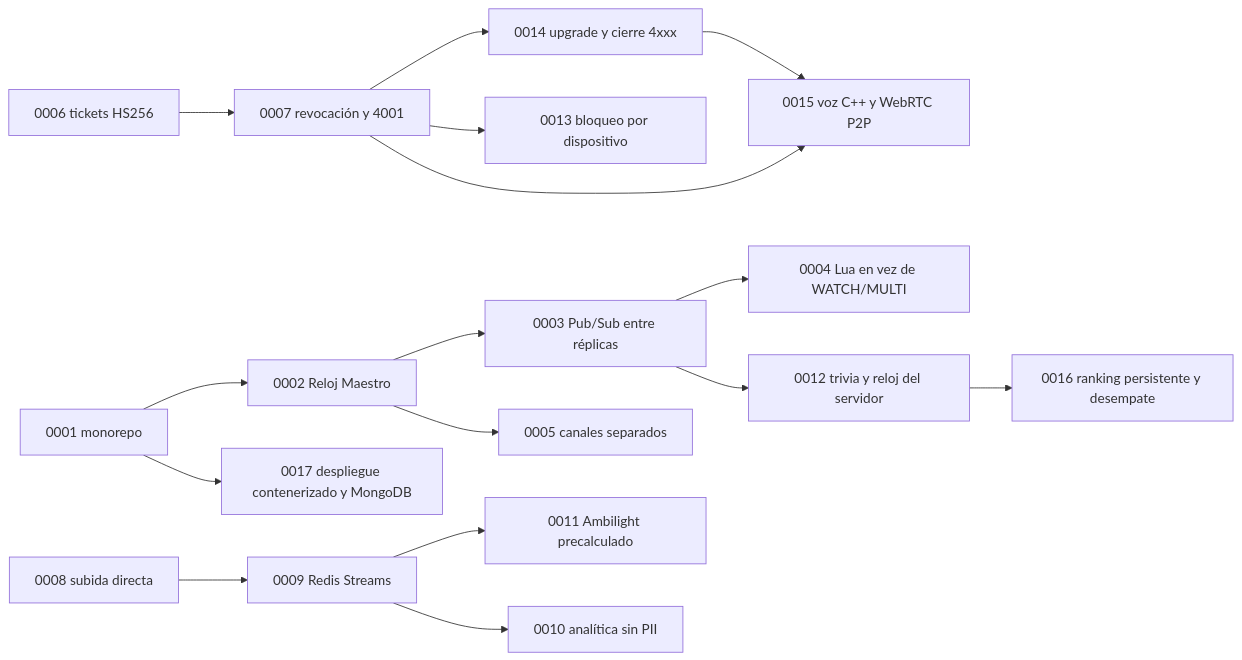
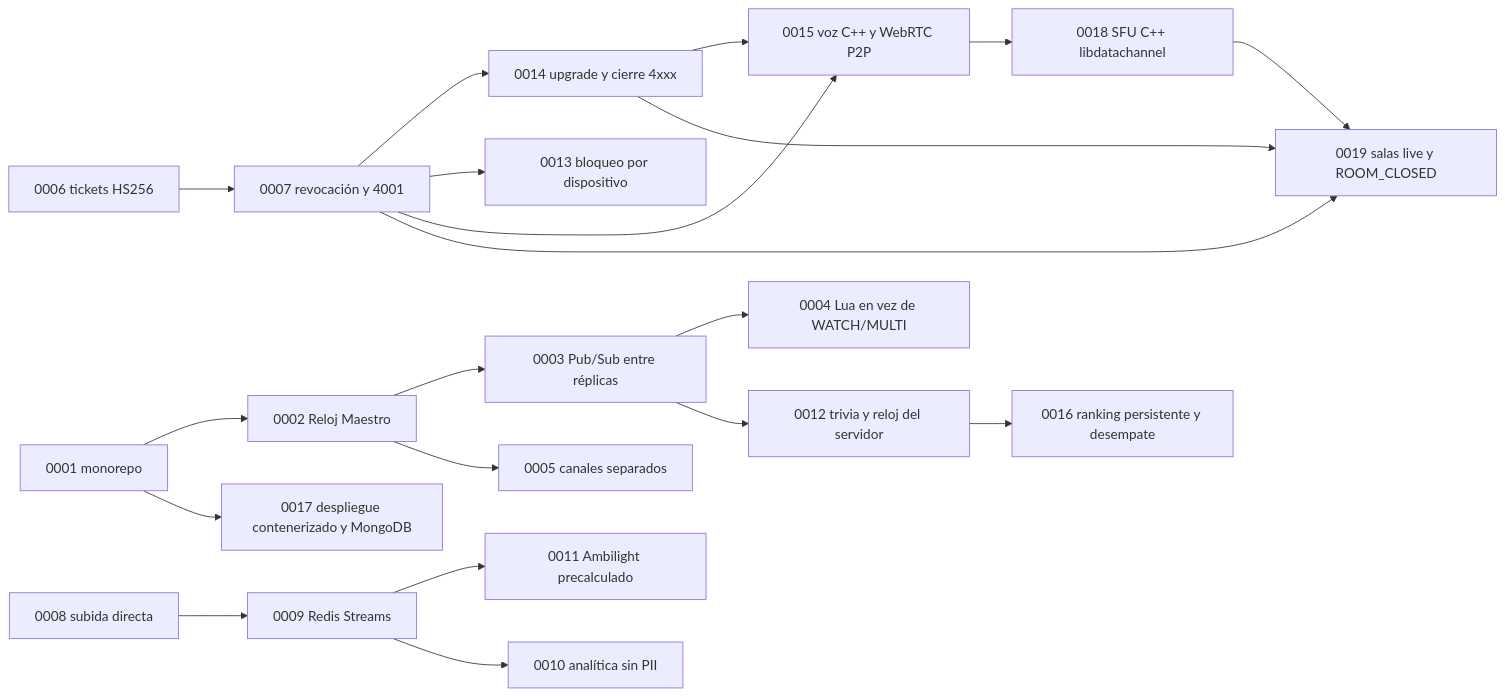
One commit to TINTOrganization/TINT changed the diagram in docs/adr/README.md. Above: the diagram before and after it, drawn with Mermaid. The commit also changed other lines of this file and 6 other files, not shown here.

First line of the commit message:
docs: especificar la transmisión en vivo (stream-core) y el cierre de salas live

````diff
--- a/docs/adr/README.md
+++ b/docs/adr/README.md
@@ -29,18 +31,22 @@
 ```mermaid
 flowchart LR
     A1["0001 monorepo"] --> A2["0002 Reloj Maestro"]
     A2 --> A3["0003 Pub/Sub entre réplicas"]
     A3 --> A4["0004 Lua en vez de WATCH/MULTI"]
     A2 --> A5["0005 canales separados"]
     A6["0006 tickets HS256"] --> A7["0007 revocación y 4001"]
     A7 --> A14["0014 upgrade y cierre 4xxx"]
     A7 --> A13["0013 bloqueo por dispositivo"]
     A7 --> A15["0015 voz C++ y WebRTC P2P"]
     A14 --> A15
     A8["0008 subida directa"] --> A9["0009 Redis Streams"]
     A9 --> A11["0011 Ambilight precalculado"]
     A9 --> A10["0010 analítica sin PII"]
     A3 --> A12["0012 trivia y reloj del servidor"]
     A12 --> A16["0016 ranking persistente y desempate"]
     A1 --> A17["0017 despliegue contenerizado y MongoDB"]
+    A15 --> A18["0018 SFU C++ libdatachannel"]
+    A7 --> A19["0019 salas live y ROOM_CLOSED"]
+    A14 --> A19
+    A18 --> A19
 ```
````
